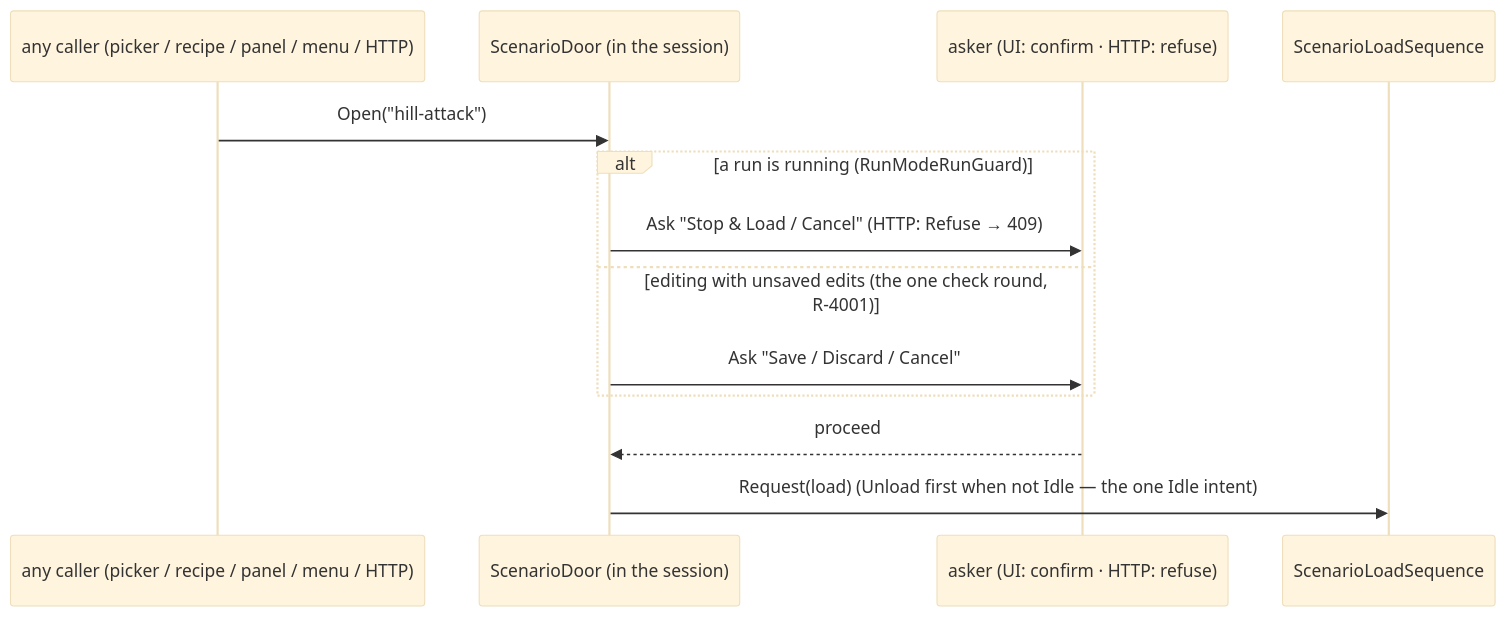
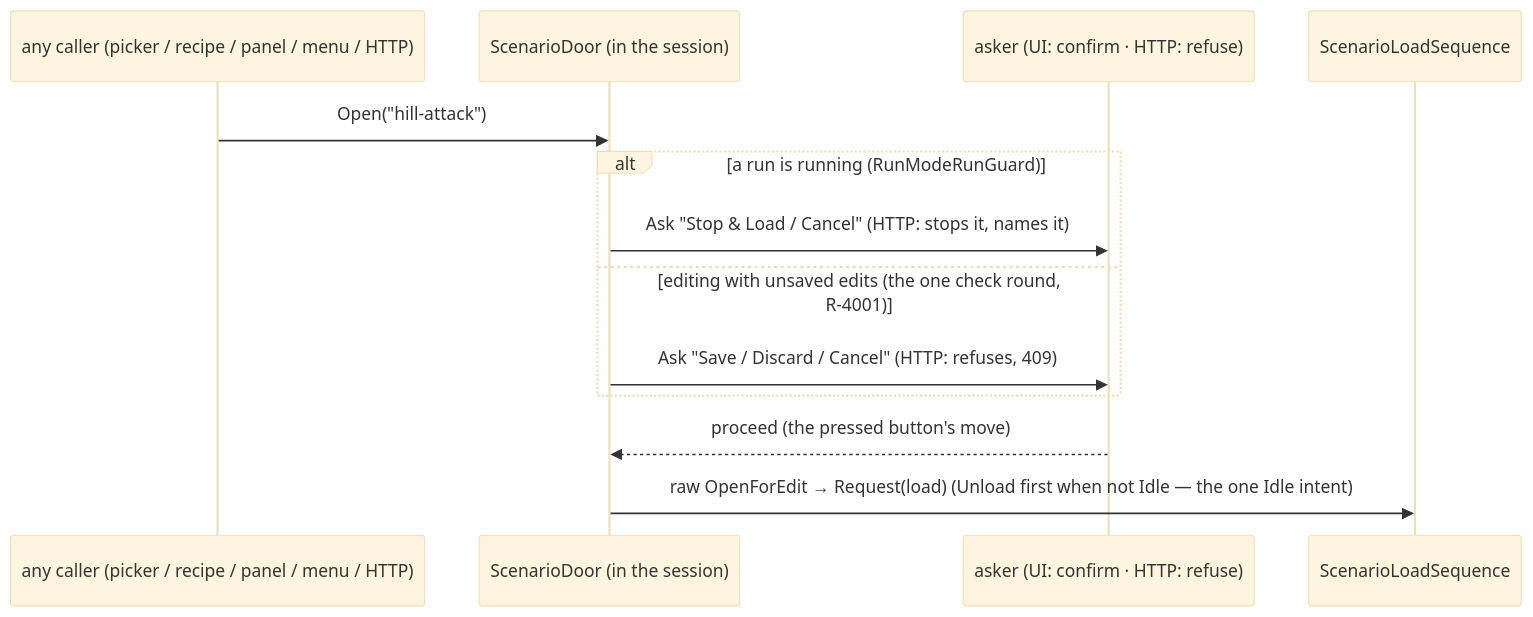
Before and after one commit to pjanec/HROT: diagram 18 of 23 in docs/blueprints/Architect_Question_108_Run_Mode_Picker.md, drawn with Mermaid (base theme). The commit also changed other lines of this file and 32 other files, not shown here.

First line of the commit message:
CE-4101: one guarded door in and one out of the open scenario (ScenarioDoor)

````diff
--- a/docs/blueprints/Architect_Question_108_Run_Mode_Picker.md
+++ b/docs/blueprints/Architect_Question_108_Run_Mode_Picker.md
@@ -827,15 +843,15 @@
 ```mermaid
 sequenceDiagram
   participant C as any caller (picker / recipe / panel / menu / HTTP)
   participant D as ScenarioDoor (in the session)
   participant A as asker (UI: confirm · HTTP: refuse)
   participant L as ScenarioLoadSequence
   C->>D: Open("hill-attack")
   alt a run is running (RunModeRunGuard)
-    D->>A: Ask "Stop & Load / Cancel"   (HTTP: Refuse → 409)
+    D->>A: Ask "Stop & Load / Cancel"   (HTTP: stops it, names it)
   else editing with unsaved edits (the one check round, R-4001)
-    D->>A: Ask "Save / Discard / Cancel"
+    D->>A: Ask "Save / Discard / Cancel"   (HTTP: refuses, 409)
   end
-  A-->>D: proceed
-  D->>L: Request(load)   (Unload first when not Idle — the one Idle intent)
+  A-->>D: proceed (the pressed button's move)
+  D->>L: raw OpenForEdit → Request(load)   (Unload first when not Idle — the one Idle intent)
 ```
````
